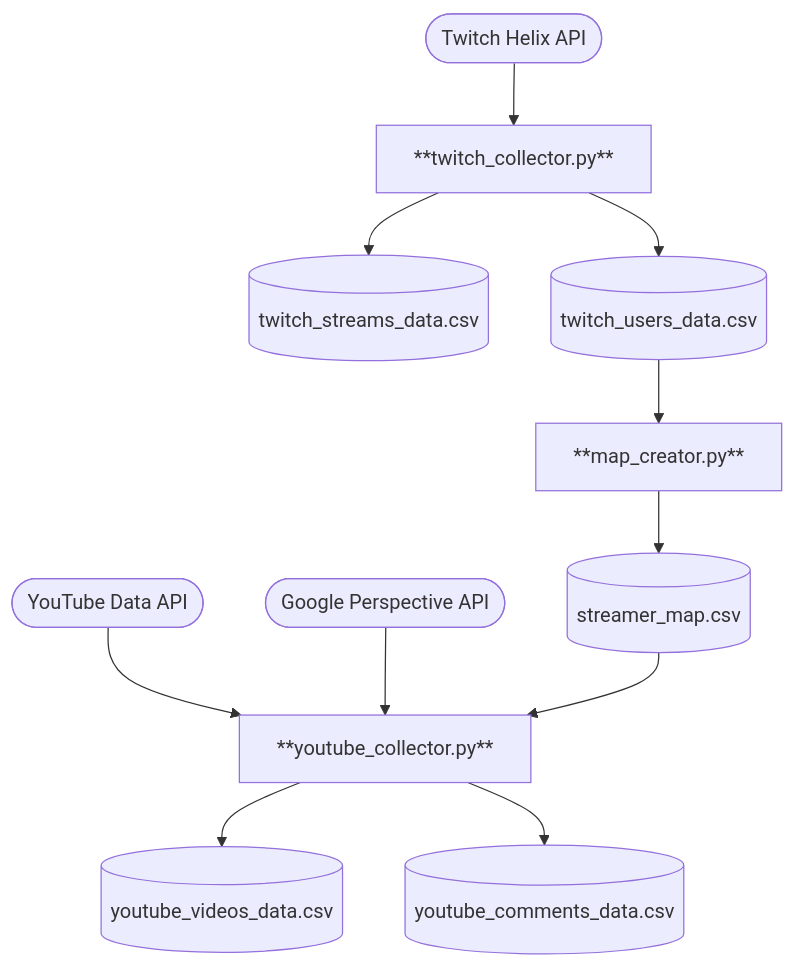
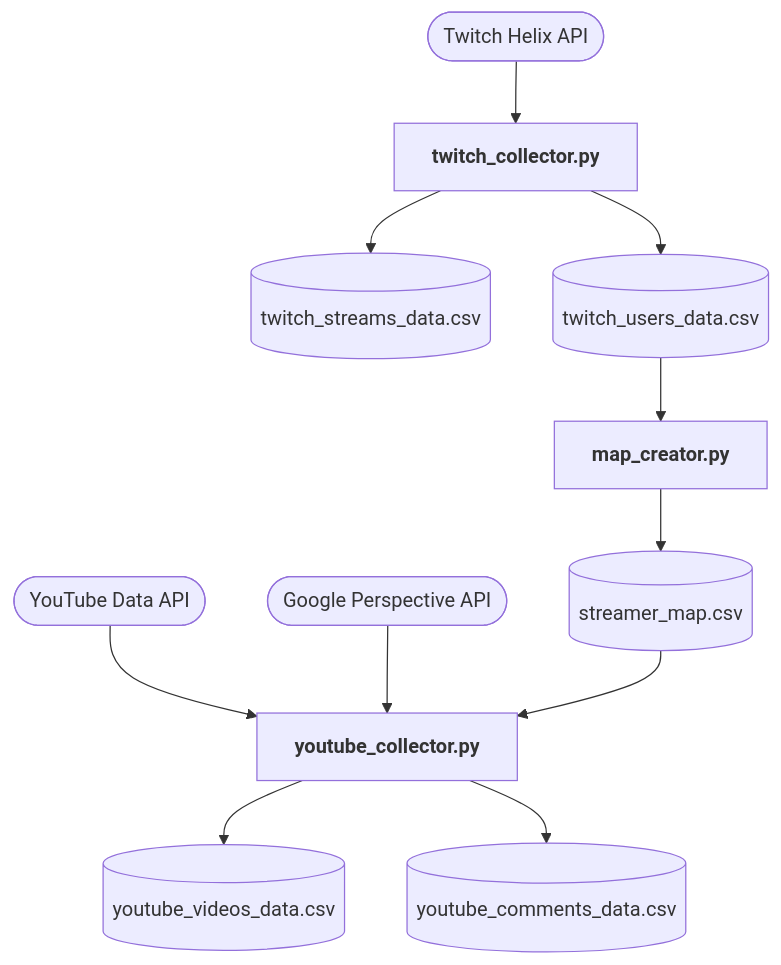
One commit to AlexMicael/IRL-Ecosystem-Pipeline changed the diagram in README.md. Above: the diagram before and after it, drawn with Mermaid. The commit also changed other lines of this file, not shown here.

Commit message:
Improve README formatting

````diff
--- a/README.md
+++ b/README.md
@@ -19,17 +19,17 @@
 ```mermaid
 flowchart TD
 	A([Twitch Helix API]) --> B
 	C([YouTube Data API]) --> E
 	D([Google Perspective API]) --> E
 	
-	B["**twitch_collector.py**"]
+	B["<b>twitch_collector.py</b>"]
 	B --> F[(twitch_streams_data.csv)]
 	B --> G[(twitch_users_data.csv)]
 	
-	G --> H["**map_creator.py**"]
+	G --> H["<b>map_creator.py</b>"]
 	H --> I[(streamer_map.csv)]
 	
-	I --> E["**youtube_collector.py**"]
+	I --> E["<b>youtube_collector.py</b>"]
 	E --> J[(youtube_videos_data.csv)]
 	E --> K[(youtube_comments_data.csv)]
 ```
````
